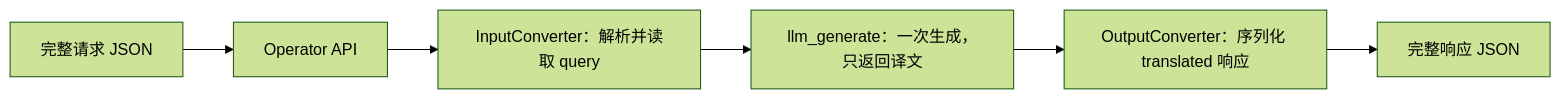
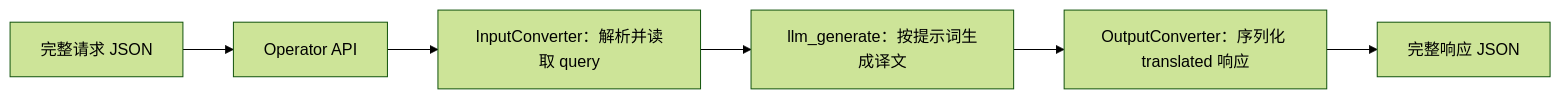
Before and after one commit to chamsechan/LLM-EdgeFlow: the diagram in doc/solutions/translate.md, drawn with Mermaid (forest theme). The commit also changed 24 other files, not shown here.

````diff
--- a/doc/solutions/translate.md
+++ b/doc/solutions/translate.md
@@ -93,8 +93,8 @@
 ```mermaid
 flowchart LR
     A[完整请求 JSON] --> B[Operator API]
     B --> C[InputConverter：解析并读取 query]
-    C --> E[llm_generate：一次生成，只返回译文]
+    C --> E[llm_generate：按提示词生成译文]
     E --> G[OutputConverter：序列化 translated 响应]
     G --> H[完整响应 JSON]
 ```
````
